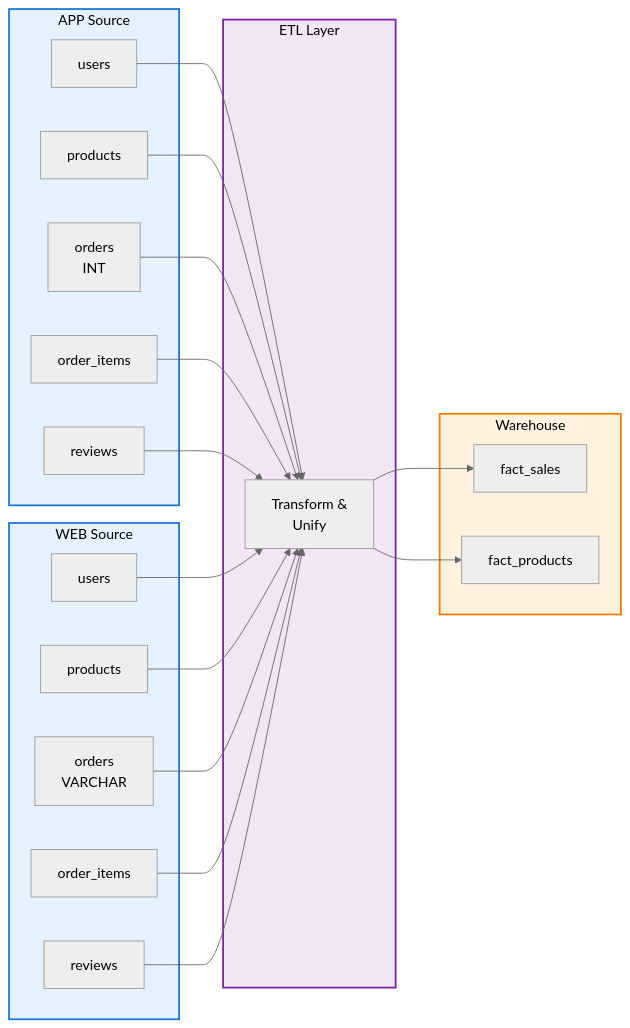
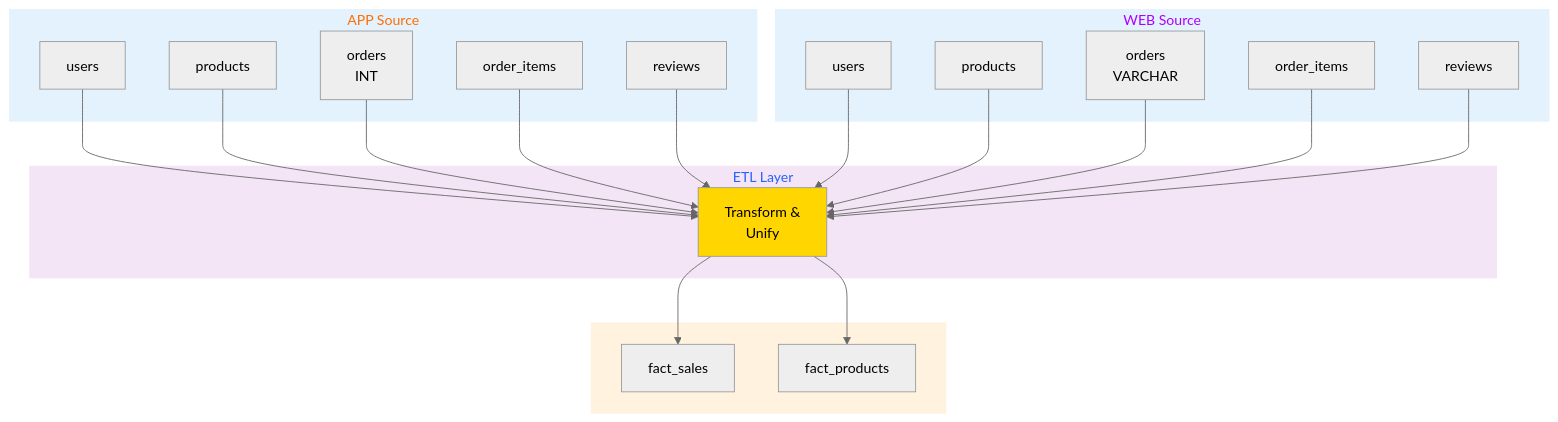
The diagram in DATABASE_DESIGN_EN.md (jianglei919/ecommerce_data_warehouse), drawn with Mermaid (neutral theme) before and after one commit.

Commit message:
docs: update system architecture diagram for clarity and consistency

````diff
--- a/DATABASE_DESIGN_EN.md
+++ b/DATABASE_DESIGN_EN.md
@@ -5,47 +5,41 @@
 ```mermaid
-graph LR
-    subgraph source_app["APP Source"]
+flowchart TB
+ subgraph source_app["APP Source"]
         app_users["users"]
         app_products["products"]
-        app_orders["orders<br/>INT"]
+        app_orders["orders<br>INT"]
         app_order_items["order_items"]
         app_reviews["reviews"]
-    end
-
-    subgraph source_web["WEB Source"]
+  end
+ subgraph source_web["WEB Source"]
         web_users["users"]
         web_products["products"]
-        web_orders["orders<br/>VARCHAR"]
+        web_orders["orders<br>VARCHAR"]
         web_order_items["order_items"]
         web_reviews["reviews"]
-    end
-
-    subgraph etl["ETL Layer"]
-        clean["Transform &<br/>Unify"]
-    end
-
-    subgraph warehouse["Warehouse"]
+  end
+ subgraph etl["ETL Layer"]
+        clean["Transform &amp;<br>Unify"]
+  end
+ subgraph warehouse["Warehouse"]
         fact_sales["fact_sales"]
         fact_top["fact_products"]
-    end
-
+  end
     app_users --> clean
     app_products --> clean
     app_orders --> clean
     app_order_items --> clean
     app_reviews --> clean
-
     web_users --> clean
     web_products --> clean
     web_orders --> clean
     web_order_items --> clean
     web_reviews --> clean
+    clean --> fact_sales & fact_top
 
-    clean --> fact_sales
-    clean --> fact_top
-
-    style source_app fill:#e3f2fd,stroke:#1976d2,stroke-width:2px,color:#000
-    style source_web fill:#e3f2fd,stroke:#1976d2,stroke-width:2px,color:#000
-    style etl fill:#f3e5f5,stroke:#7b1fa2,stroke-width:2px,color:#000
-    style warehouse fill:#fff3e0,stroke:#f57c00,stroke-width:2px,color:#000
+    style clean fill:#FFD600
+    style source_app fill:#e3f2fd,stroke:transparent,stroke-width:2px,color:#FF6D00
+    style source_web fill:#e3f2fd,stroke:transparent,stroke-width:2px,color:#AA00FF
+    style etl fill:#f3e5f5,stroke:transparent,stroke-width:2px,color:#2962FF
+    style warehouse fill:#fff3e0,stroke:transparent,stroke-width:2px,color:transparent
 ```
````
